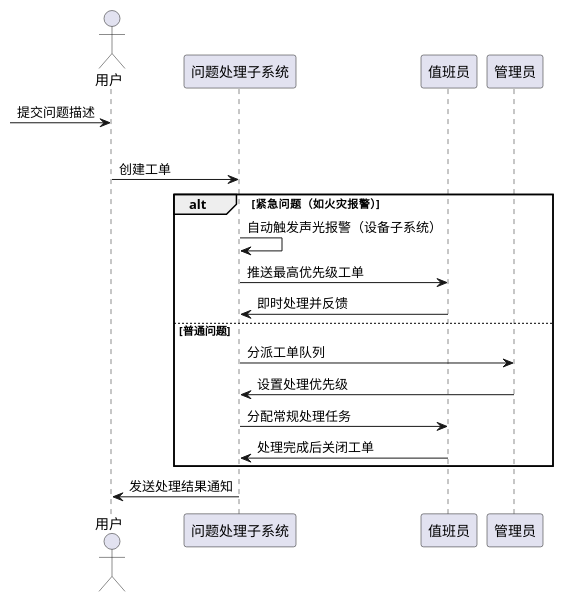
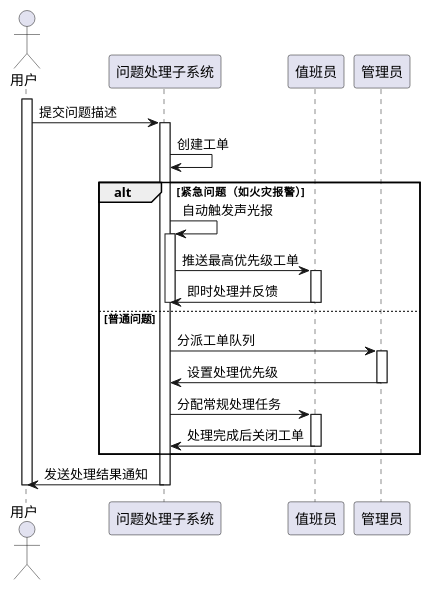
Before and after one commit to heichiii/srs_result: the diagram in uml/活动图时序图/问题处理图.plantuml, drawn with PlantUML. The commit also changed 8 other files, not shown here.

Commit message:
时序图修改

```diff
--- a/uml/活动图时序图/问题处理图.plantuml
+++ b/uml/活动图时序图/问题处理图.plantuml
@@ -1,25 +1,33 @@
-@startuml
+@startuml 问题处理时序图
 actor 用户
-
 participant "问题处理子系统" as 问题
 participant "值班员" as 值班员
 participant "管理员" as 管理员
 
-[-> 用户: 提交问题描述
-|||
-用户 -> 问题: 创建工单
+activate 用户
+用户 -> 问题: 提交问题描述
+activate 问题
+  问题 -> 问题: 创建工单
 
-
-alt 紧急问题（如火灾报警）
-  问题 -> 问题: 自动触发声光报警（设备子系统）
-  问题 -> 值班员: 推送最高优先级工单
-  值班员 -> 问题: 即时处理并反馈
-else 普通问题
-  问题 -> 管理员: 分派工单队列
-  管理员 -> 问题: 设置处理优先级
-  问题 -> 值班员: 分配常规处理任务
-  值班员 -> 问题: 处理完成后关闭工单
-end
-
-问题 -> 用户: 发送处理结果通知
+  alt 紧急问题（如火灾报警）
+    问题 -> 问题: 自动触发声光报
+    activate 问题
+    问题 -> 值班员: 推送最高优先级工单
+    activate 值班员
+      值班员 -> 问题: 即时处理并反馈
+    deactivate 值班员
+    deactivate 问题
+  else 普通问题
+    问题 -> 管理员: 分派工单队列
+    activate 管理员
+      管理员 -> 问题: 设置处理优先级
+    deactivate 管理员
+    问题 -> 值班员: 分配常规处理任务
+    activate 值班员
+      值班员 -> 问题: 处理完成后关闭工单
+    deactivate 值班员
+  end
+  问题 -> 用户: 发送处理结果通知
+deactivate 问题
+deactivate 用户
 @enduml
```
